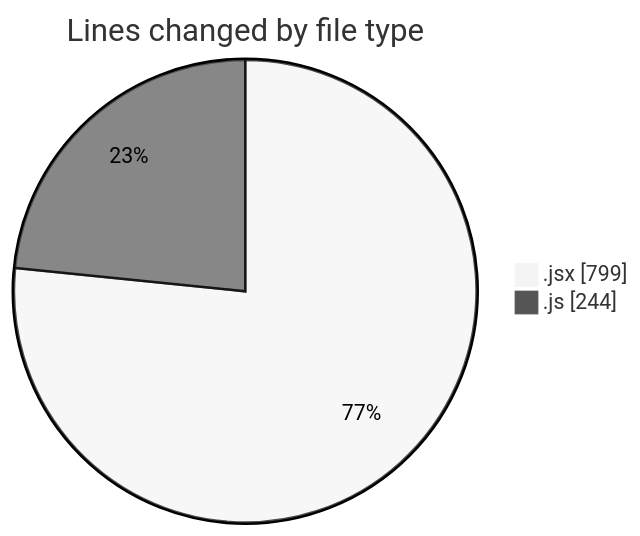
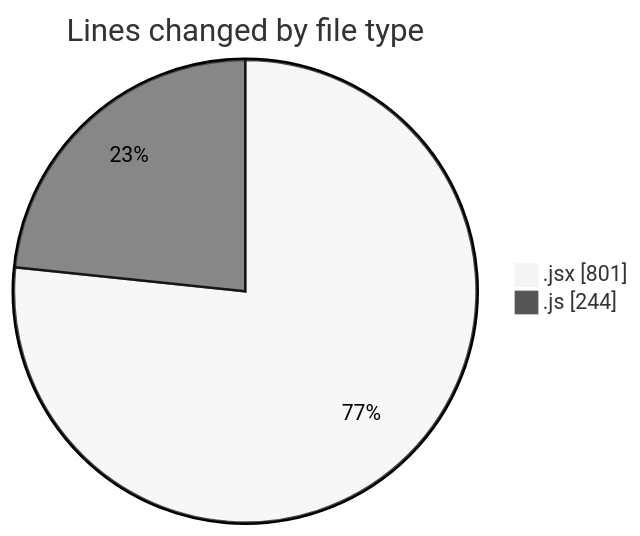
One commit to nxtqubesakshisongat/code-tracking changed the first of 2 diagrams in 2025-12-14/nxtqube_webapp/README.md. Above: the diagram before and after it, drawn with Mermaid (neutral theme). The commit also changed other lines of this file and 1 other file, not shown here.

````diff
--- a/2025-12-14/nxtqube_webapp/README.md
+++ b/2025-12-14/nxtqube_webapp/README.md
@@ -22,6 +22,6 @@
 ```mermaid
 pie showData
 title Lines changed by file type
-".jsx" : 799
+".jsx" : 801
 ".js" : 244
 ```
````
